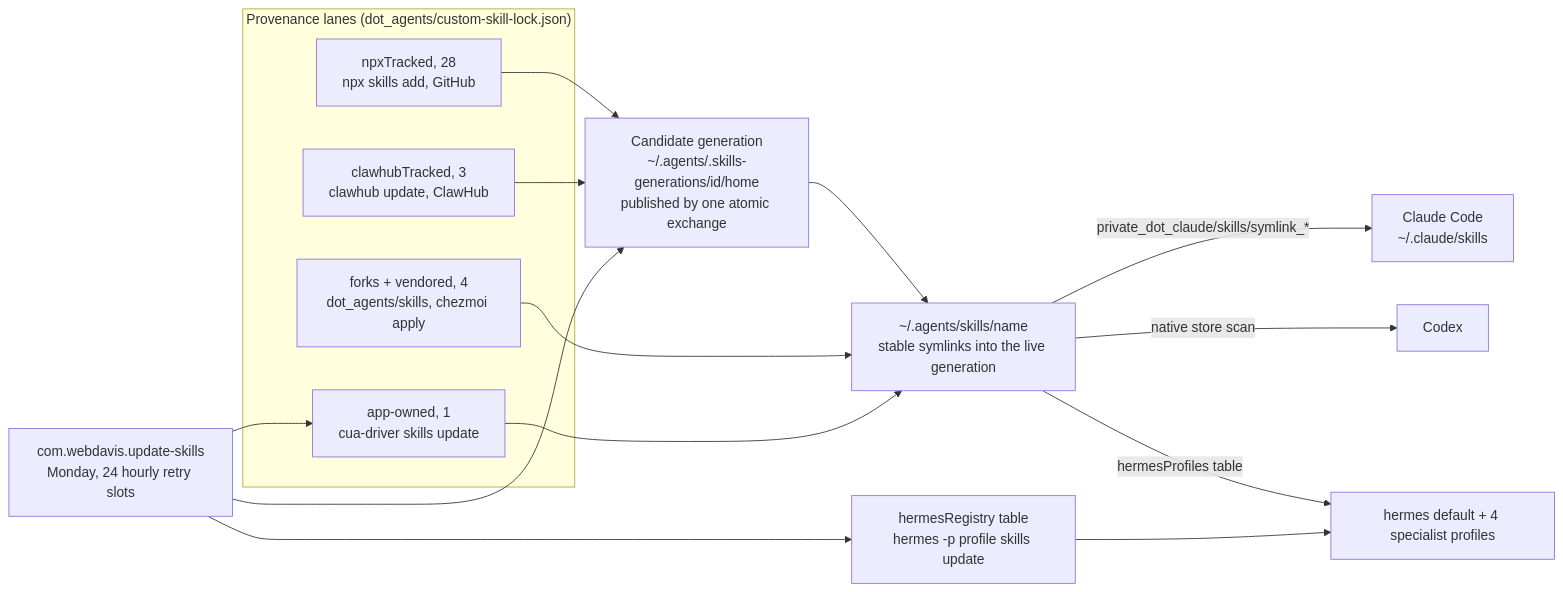
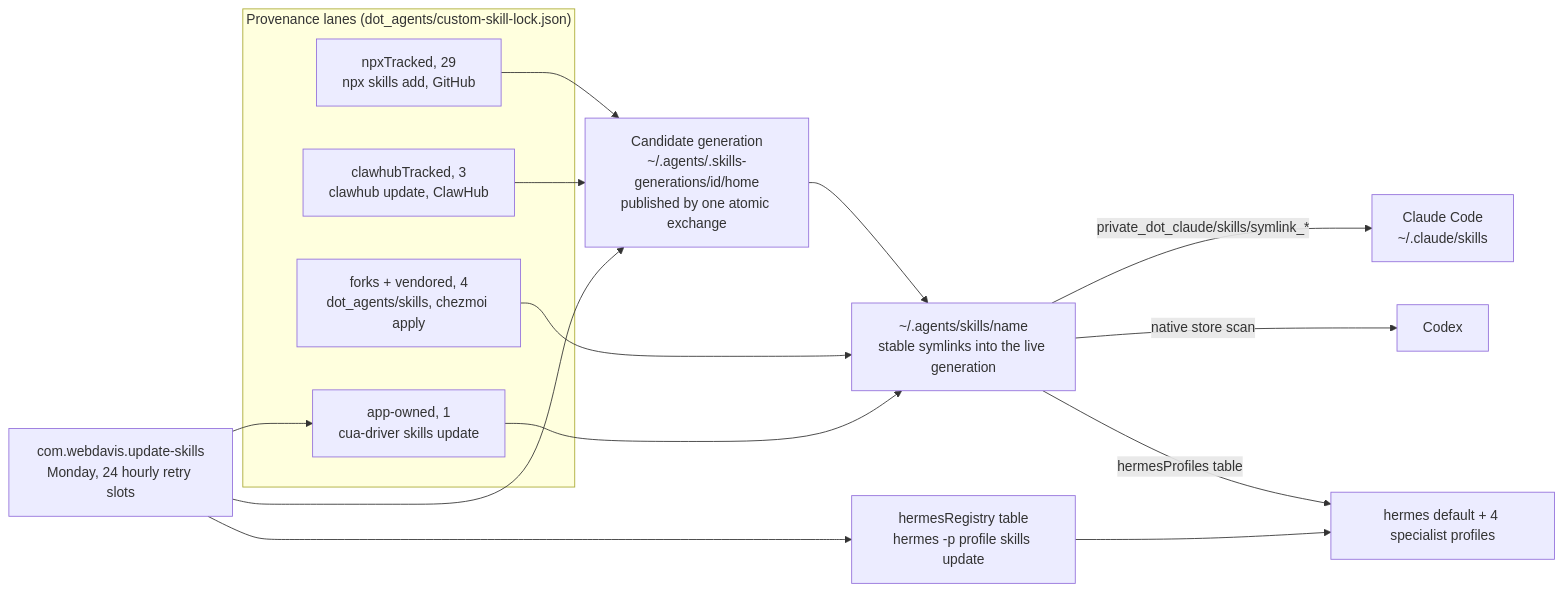
The diagram in docs/runbooks/agent-skills-store.md (webdavis/dotfiles), drawn with Mermaid before and after one commit. The commit also changed other lines of this file and 5 other files, not shown here.

````diff
--- a/docs/runbooks/agent-skills-store.md
+++ b/docs/runbooks/agent-skills-store.md
@@ -14,23 +14,23 @@
 ```mermaid
 flowchart LR
   subgraph provenance["Provenance lanes (dot_agents/custom-skill-lock.json)"]
-    NPX["npxTracked, 28<br/>npx skills add, GitHub"]
+    NPX["npxTracked, 29<br/>npx skills add, GitHub"]
     CLAW["clawhubTracked, 3<br/>clawhub update, ClawHub"]
     VEND["forks + vendored, 4<br/>dot_agents/skills, chezmoi apply"]
     APP["app-owned, 1<br/>cua-driver skills update"]
   end
   NPX --> GEN
   CLAW --> GEN
   GEN["Candidate generation<br/>~/.agents/.skills-generations/id/home<br/>published by one atomic exchange"]
   GEN --> STORE
   VEND --> STORE
   APP --> STORE
   STORE["~/.agents/skills/name<br/>stable symlinks into the live generation"]
   STORE -->|"private_dot_claude/skills/symlink_*"| CC["Claude Code<br/>~/.claude/skills"]
   STORE -->|"native store scan"| CODEX["Codex"]
   STORE -->|"hermesProfiles table"| HERMES["hermes default + 4 specialist profiles"]
   HUB["hermesRegistry table<br/>hermes -p profile skills update"] --> HERMES
   WEEK["com.webdavis.update-skills<br/>Monday, 24 hourly retry slots"] --> GEN
   WEEK --> HUB
   WEEK --> APP
 ```
````
